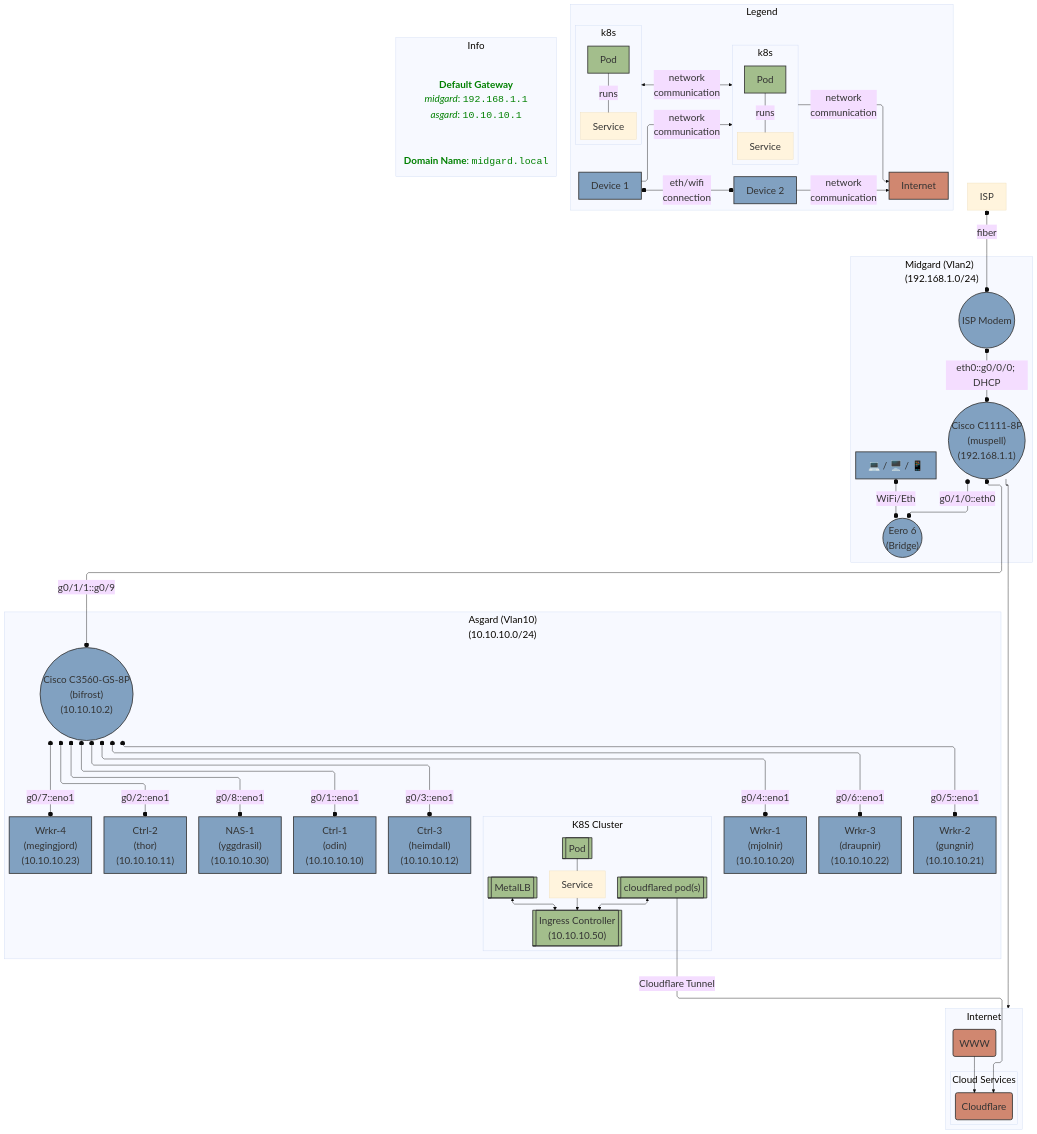
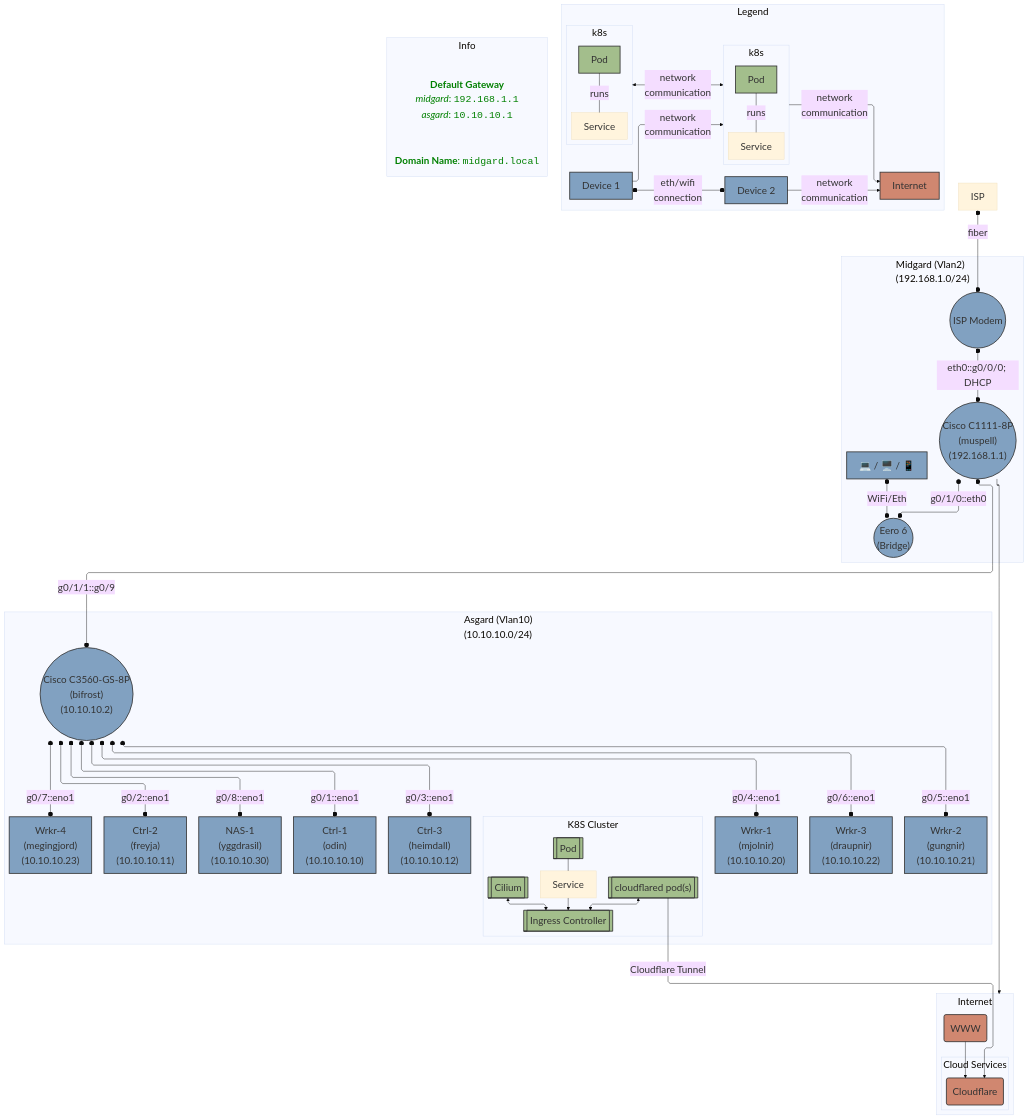
Before and after one commit to serpro69/ktchn8s: the diagram in docs/reference/architecture/network.md, drawn with Mermaid. The commit also changed 5 other files, not shown here.

Commit message:
Document architecture overview (#21)

```diff
--- a/docs/reference/architecture/network.md
+++ b/docs/reference/architecture/network.md
@@ -58,7 +58,7 @@
 
         %% k8s devices
         A@{ shape: rect, label: "Ctrl-1<br>(odin)<br>(10.10.10.10)" }
-        B@{ shape: rect, label: "Ctrl-2<br>(thor)<br>(10.10.10.11)" }
+        B@{ shape: rect, label: "Ctrl-2<br>(freyja)<br>(10.10.10.11)" }
         C@{ shape: rect, label: "Ctrl-3<br>(heimdall)<br>(10.10.10.12)" }
         D@{ shape: rect, label: "Wrkr-1<br>(mjolnir)<br>(10.10.10.20)" }
         E@{ shape: rect, label: "Wrkr-2<br>(gungnir)<br>(10.10.10.21)" }
@@ -78,9 +78,9 @@
         C3560 o--o |g0/8::eno1| S1
 
         subgraph GrKC["K8S Cluster"]
-            IC@{ shape: subproc, label: "Ingress Controller<br>(10.10.10.50)" }
+            IC@{ shape: subproc, label: "Ingress Controller" }
             CFD@{ shape: subproc, label: "cloudflared pod(s)" }
-            LB@{ shape: subproc, label: "MetalLB" }
+            LB@{ shape: subproc, label: "Cilium" }
             PD@{ shape: subproc, label: "Pod" }
             SVC@{ shape: rect, label: "Service" }
 
```
